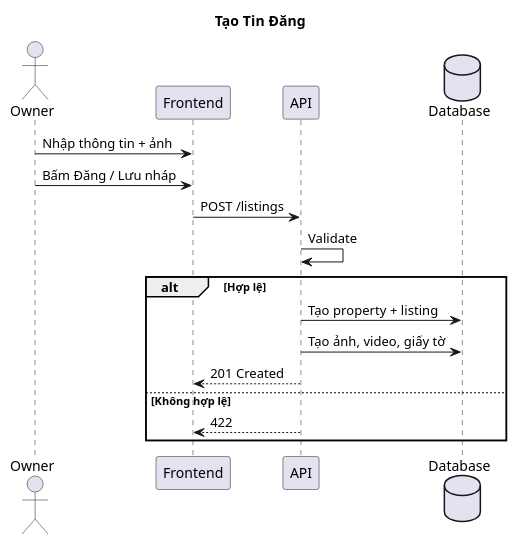
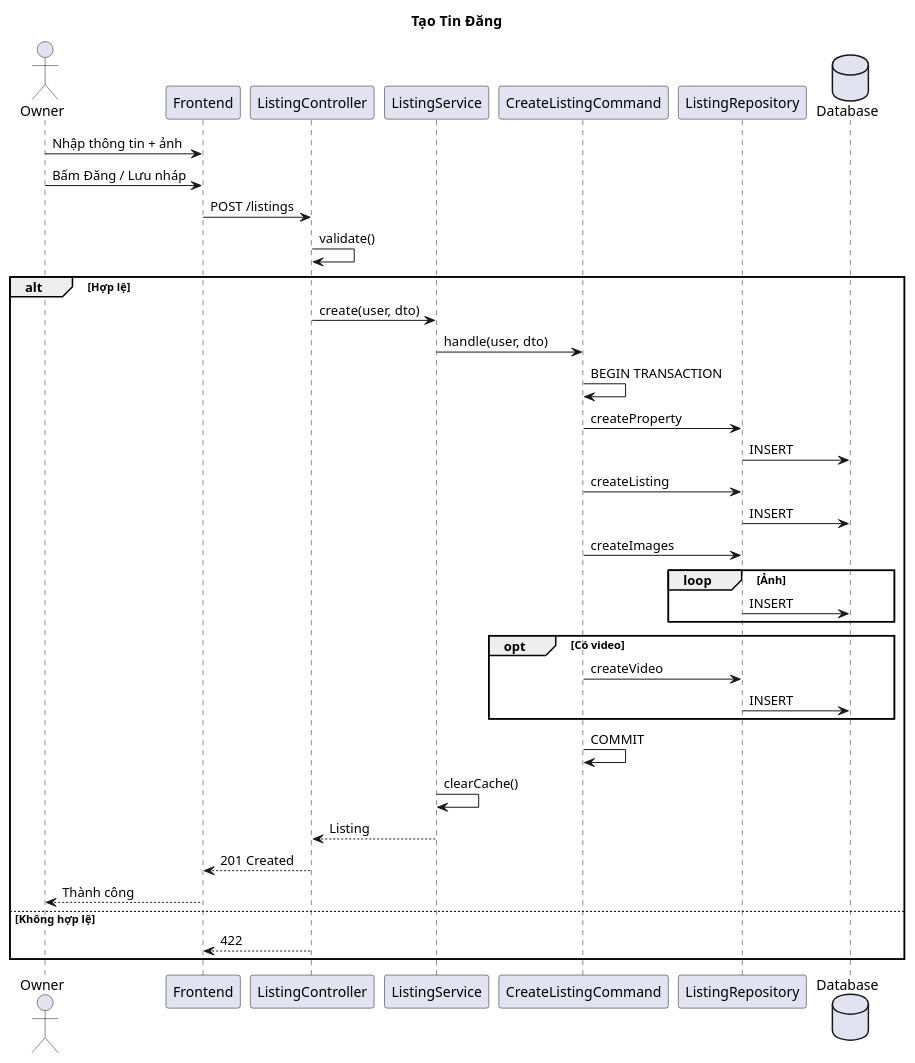
The diagram in docs/sequence-diagram-tao-tin-dang.md (BuiThaiBao/Propify), drawn with PlantUML before and after one commit. The commit also changed other lines of this file and 11 other files, not shown here.

Commit message:
feat: update sequence diagrams to reflect 3-layer architecture and detailed interactions

````diff
--- a/docs/sequence-diagram-tao-tin-dang.md
+++ b/docs/sequence-diagram-tao-tin-dang.md
@@ -3,22 +3,42 @@
 ```plantuml
 @startuml
 title Tạo Tin Đăng
 
 actor "Owner" as Owner
 participant "Frontend" as FE
-participant "API" as API
+participant "ListingController" as Controller
+participant "ListingService" as Service
+participant "CreateListingCommand" as Cmd
+participant "ListingRepository" as Repo
 database "Database" as DB
 
 Owner -> FE: Nhập thông tin + ảnh
 Owner -> FE: Bấm Đăng / Lưu nháp
-FE -> API: POST /listings
-API -> API: Validate
+FE -> Controller: POST /listings
+Controller -> Controller: validate()
 alt Hợp lệ
-  API -> DB: Tạo property + listing
-  API -> DB: Tạo ảnh, video, giấy tờ
-  API --> FE: 201 Created
+  Controller -> Service: create(user, dto)
+  Service -> Cmd: handle(user, dto)
+  Cmd -> Cmd: BEGIN TRANSACTION
+  Cmd -> Repo: createProperty
+  Repo -> DB: INSERT
+  Cmd -> Repo: createListing
+  Repo -> DB: INSERT
+  Cmd -> Repo: createImages
+  loop Ảnh
+    Repo -> DB: INSERT
+  end
+  opt Có video
+    Cmd -> Repo: createVideo
+    Repo -> DB: INSERT
+  end
+  Cmd -> Cmd: COMMIT
+  Service -> Service: clearCache()
+  Service --> Controller: Listing
+  Controller --> FE: 201 Created
+  FE --> Owner: Thành công
 else Không hợp lệ
-  API --> FE: 422
+  Controller --> FE: 422
 end
 @enduml
 ```
````
